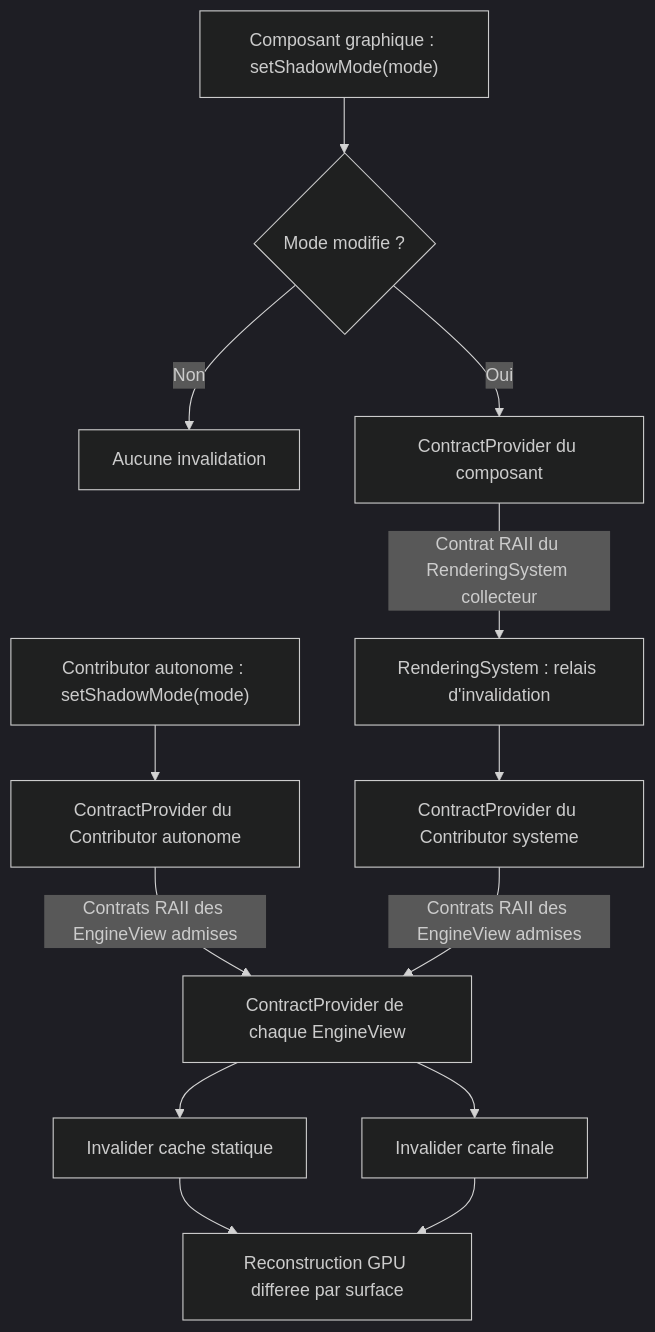
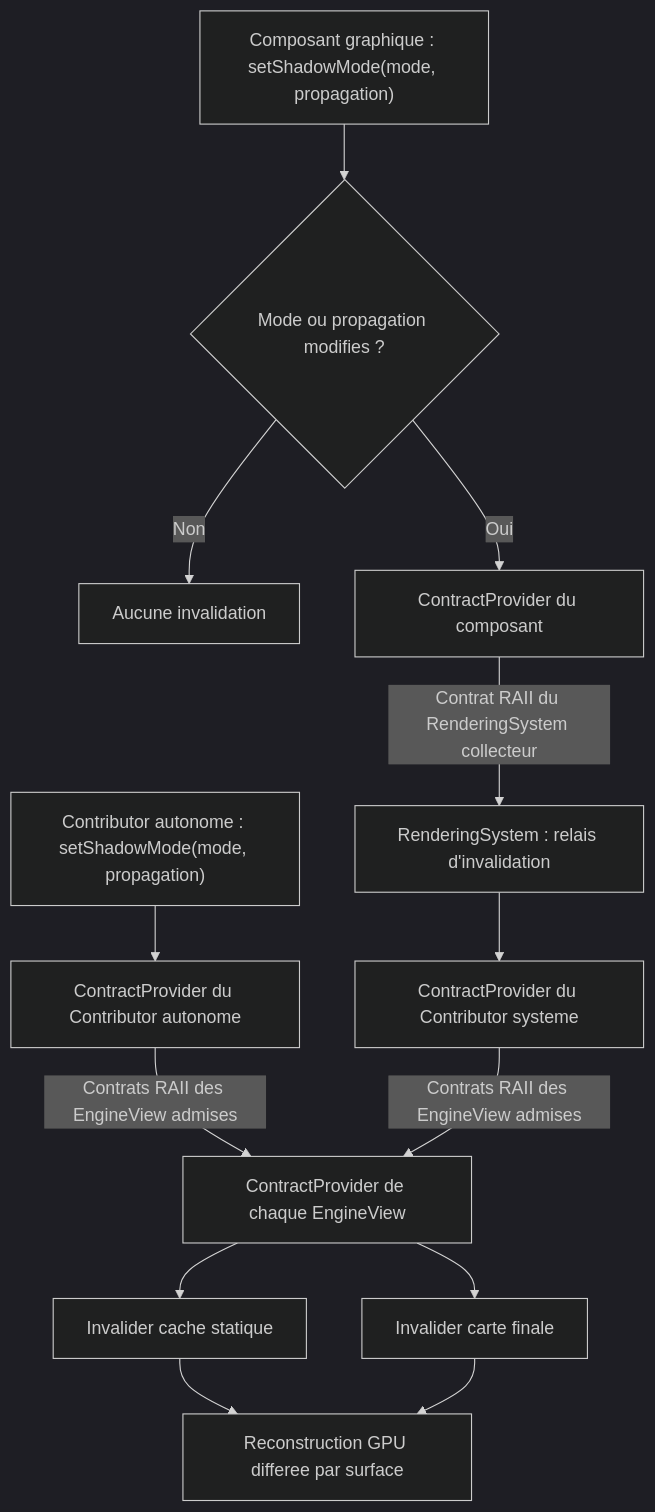
One commit to EreliaStudio/Sparkle changed diagram 11 of 13 in docs/voxel-engine-v0.1.4-specification.md. Above: the diagram before and after it, drawn with Mermaid (dark theme). The commit also changed other lines of this file, not shown here.

Commit message:
docs(v0.1.4): define non-destructive ShadowPropagation overrides across full subtree for all modes

````diff
--- a/docs/voxel-engine-v0.1.4-specification.md
+++ b/docs/voxel-engine-v0.1.4-specification.md
@@ -1013,15 +1026,15 @@
 ```mermaid
 flowchart TD
-  Setter["Composant graphique : setShadowMode(mode)"] --> Change{"Mode modifie ?"}
+  Setter["Composant graphique : setShadowMode(mode, propagation)"] --> Change{"Mode ou propagation modifies ?"}
   Change -->|"Non"| Stop["Aucune invalidation"]
   Change -->|"Oui"| CC["ContractProvider du composant"]
   CC -->|"Contrat RAII du RenderingSystem collecteur"| Sys["RenderingSystem : relais d'invalidation"]
   Sys --> SC["ContractProvider du Contributor systeme"]
-  Direct["Contributor autonome : setShadowMode(mode)"] --> DC["ContractProvider du Contributor autonome"]
+  Direct["Contributor autonome : setShadowMode(mode, propagation)"] --> DC["ContractProvider du Contributor autonome"]
   DC -->|"Contrats RAII des EngineView admises"| View
   SC -->|"Contrats RAII des EngineView admises"| View["ContractProvider de chaque EngineView"]
   View --> Static["Invalider cache statique"]
   View --> Final["Invalider carte finale"]
   Static --> GPU["Reconstruction GPU differee par surface"]
   Final --> GPU
 ```
````
